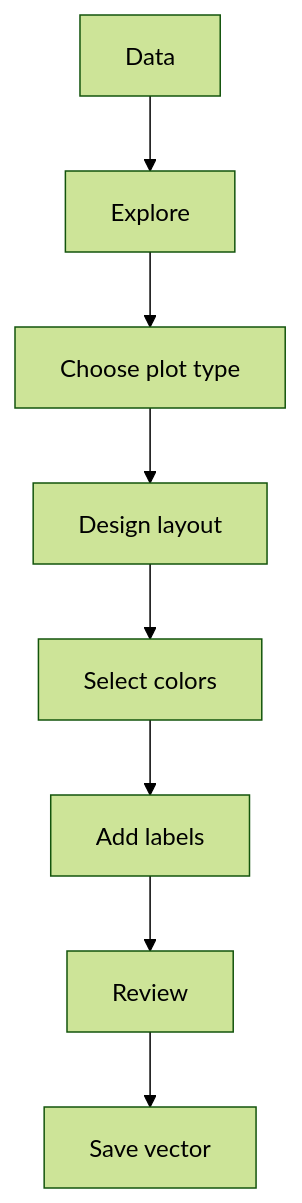
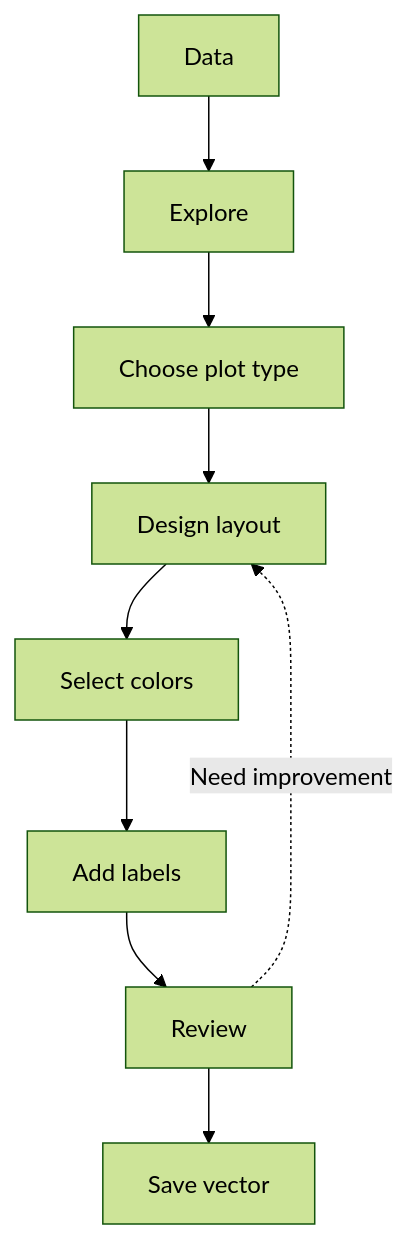
The fourth of 5 diagrams in 02_MSc_DataDriven_Modeling/core_courses/MSDM_5002/README.md (yip-lgtm/PhysicsSelfStudy), drawn with Mermaid (forest theme) before and after one commit. The commit also changed other lines of this file and 17 other files, not shown here.

````diff
--- a/02_MSc_DataDriven_Modeling/core_courses/MSDM_5002/README.md
+++ b/02_MSc_DataDriven_Modeling/core_courses/MSDM_5002/README.md
@@ -374,10 +616,11 @@
 ```mermaid
 graph TD
     A[Data] --> B[Explore]
     B --> C[Choose plot type]
     C --> D[Design layout]
     D --> E[Select colors]
     E --> F[Add labels]
     F --> G[Review]
     G --> H[Save vector]
+    G -.->|Need improvement| D
 ```
````
